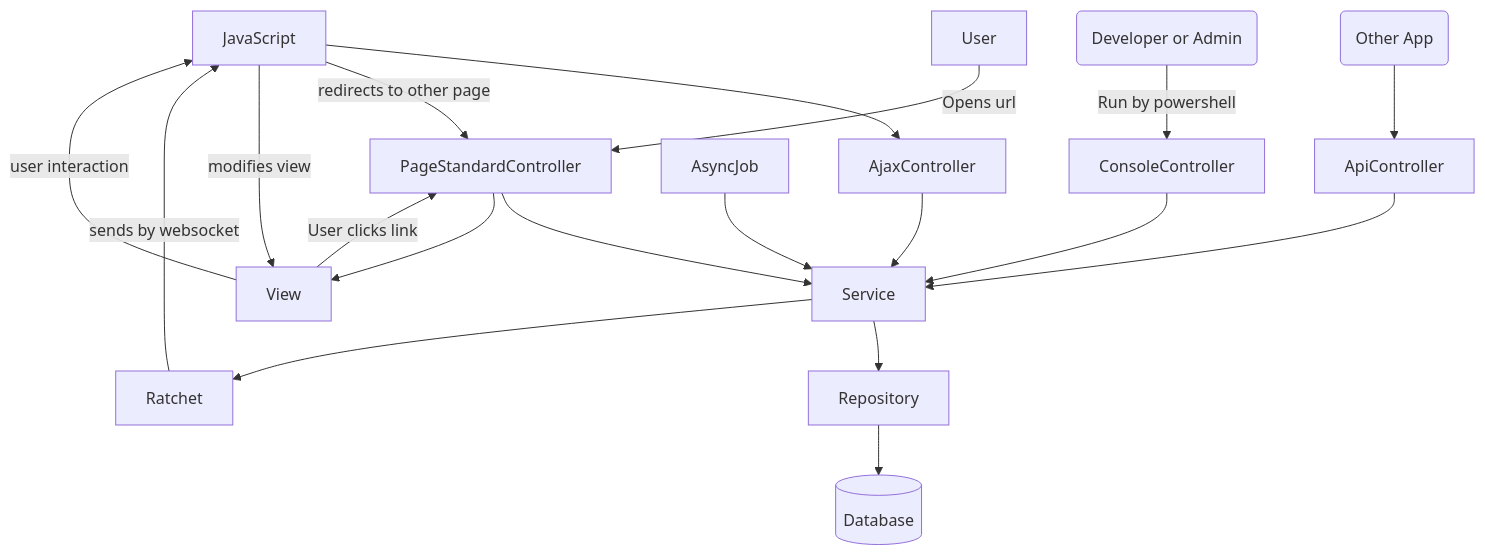
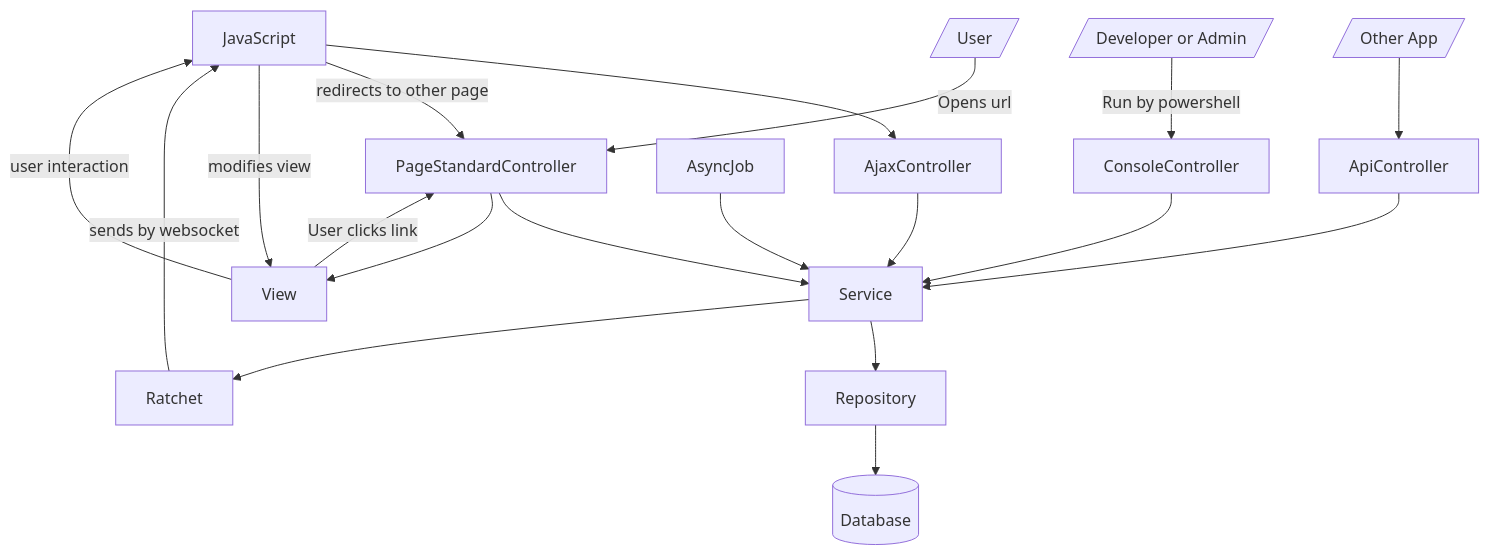
Before and after one commit to GreenCodeStudio/GreenCodeFramework-Core: the diagram in Docs/GeneralArchitecture.md, drawn with Mermaid. The commit also changed other lines of this file, not shown here.

````diff
--- a/Docs/GeneralArchitecture.md
+++ b/Docs/GeneralArchitecture.md
@@ -1,21 +1,21 @@
 ```mermaid
   graph TD;
       JavaScript-->AjaxController;
       JavaScript-->|redirects to other page|PageStandardController;
-      other(Other App)-->ApiController;
-      Dev(Developer or Admin)-->|Run by powershell|ConsoleController;
-      User-->|Opens url|PageStandardController;
+      other[/Other App/]-->ApiController;
+      Dev[/Developer or Admin/]-->|Run by powershell|ConsoleController;
+      User[/User/]-->|Opens url|PageStandardController;
       PageStandardController-->Service;
       AjaxController-->Service;
       ApiController-->Service;
       ConsoleController-->Service;
       AsyncJob-->Service;
       PageStandardController-->View;
       View-->|User clicks link|PageStandardController;
       View-->|user interaction|JavaScript;
       JavaScript-->|modifies view|View;
       Service-->Repository;
       Service-->Ratchet;
       Ratchet-->|sends by websocket|JavaScript;
       Repository-->Database[(Database)];
 ```
````
